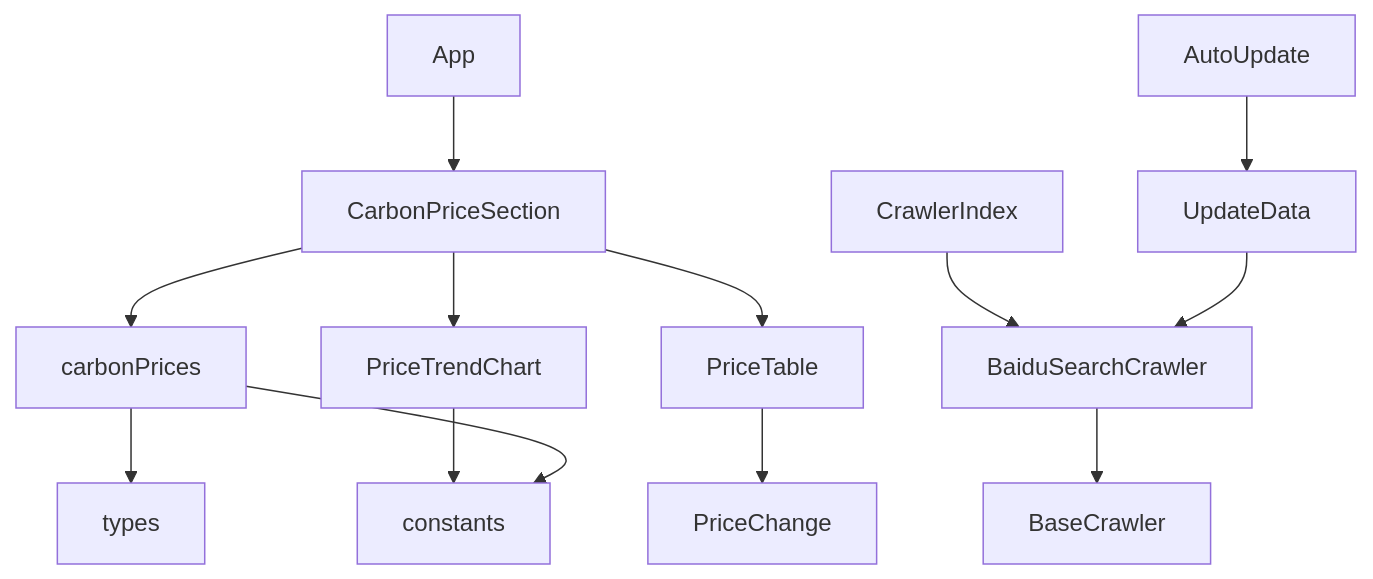
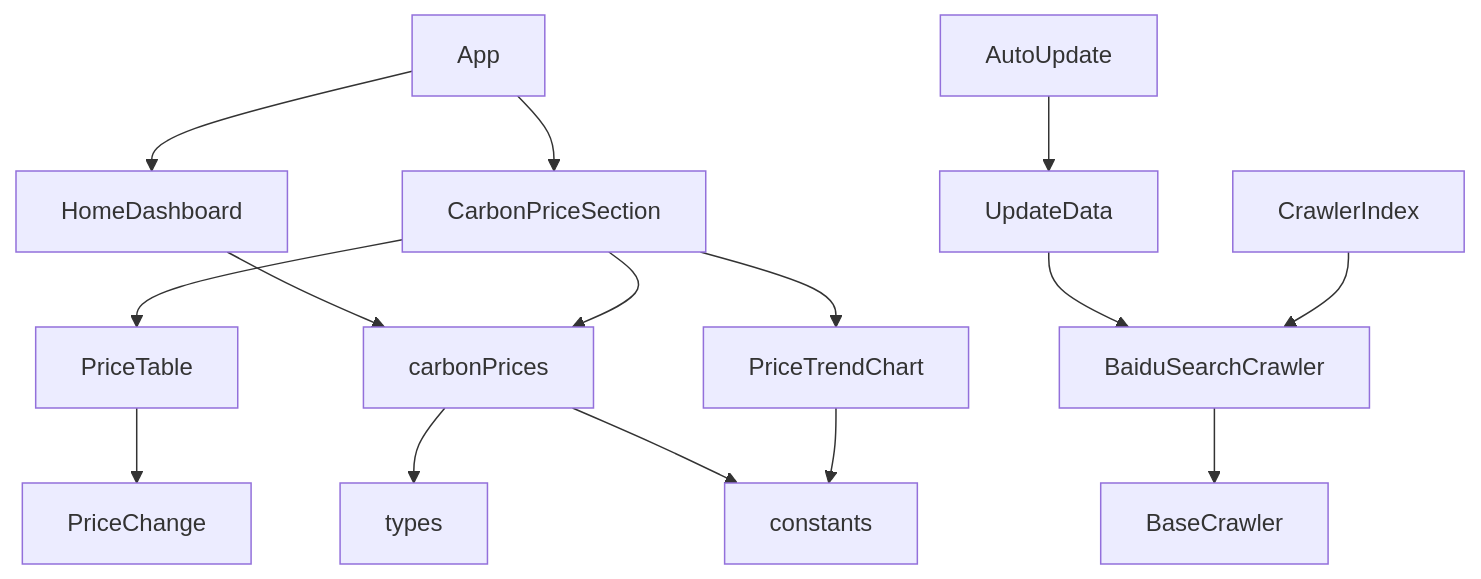
One commit to liangxuanliang-cmd/carbon-info-agent changed diagram 17 of 17 in .qoder/repowiki/zh/content/功能模块/碳价格监控模块.md. Above: the diagram before and after it, drawn with Mermaid. The commit also changed other lines of this file and 8 other files, not shown here.

````diff
--- a/.qoder/repowiki/zh/content/功能模块/碳价格监控模块.md
+++ b/.qoder/repowiki/zh/content/功能模块/碳价格监控模块.md
@@ -651,15 +796,17 @@
 ```mermaid
 graph TD
 CarbonPriceSection[CarbonPriceSection] --> carbonPrices[carbonPrices]
 CarbonPriceSection --> PriceTable[PriceTable]
 CarbonPriceSection --> PriceTrendChart[PriceTrendChart]
 PriceTable --> PriceChange[PriceChange]
 PriceTrendChart --> constants[constants]
+HomeDashboard --> carbonPrices
 carbonPrices --> types[types]
 carbonPrices --> constants
 App[App] --> CarbonPriceSection
+App --> HomeDashboard
 BaiduSearchCrawler --> BaseCrawler
 CrawlerIndex --> BaiduSearchCrawler
 UpdateData --> BaiduSearchCrawler
 AutoUpdate --> UpdateData
 ```
````
